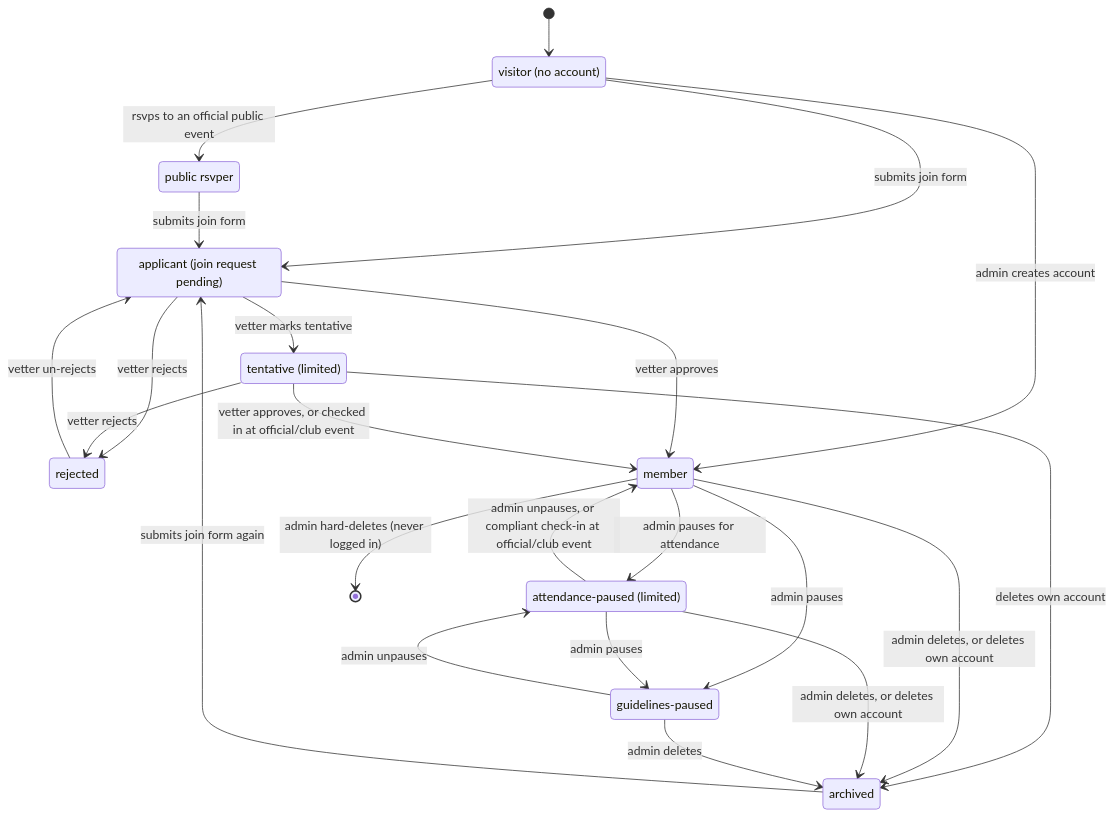
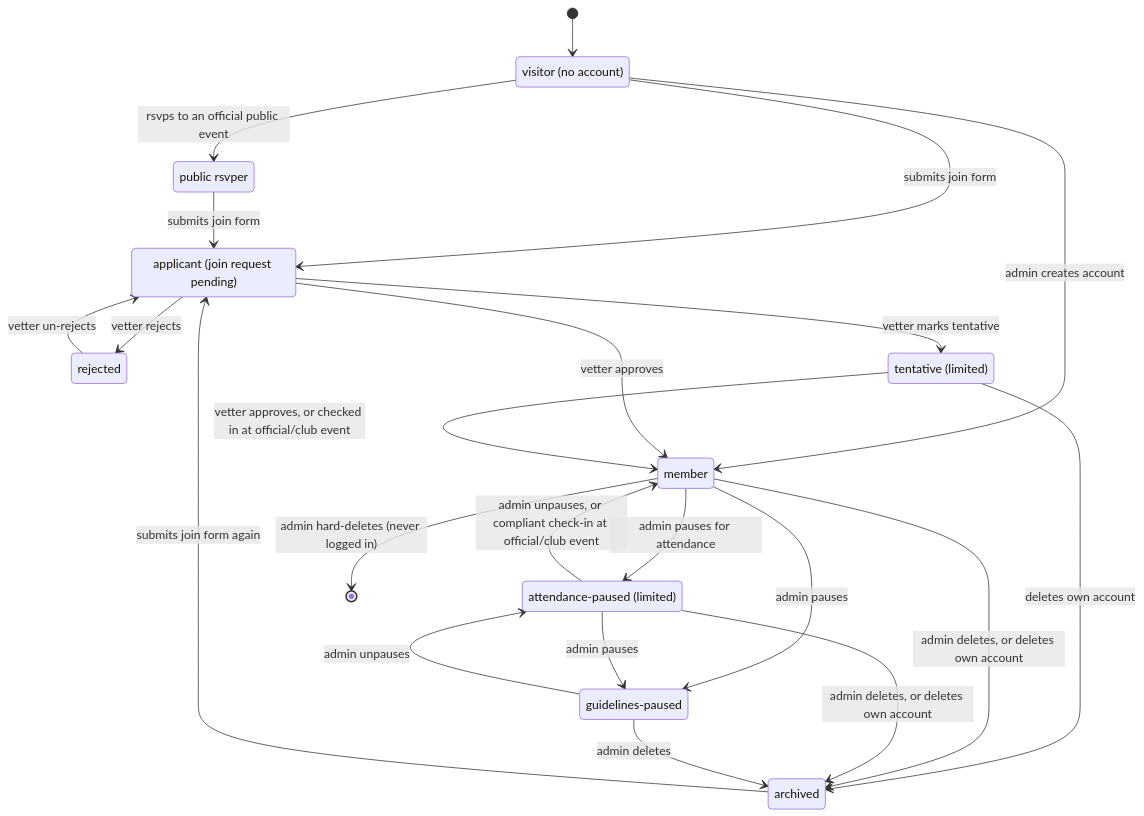
Before and after one commit to ProteinDeficientsAnonymous/pda: the first of 2 diagrams in .claude/docs/user-states.md, drawn with Mermaid. The commit also changed other lines of this file and 10 other files, not shown here.

````diff
--- a/.claude/docs/user-states.md
+++ b/.claude/docs/user-states.md
@@ -16,41 +16,40 @@
 ```mermaid
 stateDiagram-v2
     state "visitor (no account)" as Visitor
     state "public rsvper" as PublicRsvper
     state "applicant (join request pending)" as Applicant
     state "rejected" as Rejected
     state "tentative (limited)" as Tentative
     state "member" as Member
     state "attendance-paused (limited)" as AttendancePaused
     state "guidelines-paused" as GuidelinesPaused
     state "archived" as Archived
 
     [*] --> Visitor
     Visitor --> PublicRsvper: rsvps to an official public event
     Visitor --> Applicant: submits join form
     PublicRsvper --> Applicant: submits join form
     Visitor --> Member: admin creates account
 
     Applicant --> Tentative: vetter marks tentative
     Applicant --> Member: vetter approves
     Applicant --> Rejected: vetter rejects
     Rejected --> Applicant: vetter un-rejects
 
     Tentative --> Member: vetter approves, or checked in at official/club event
-    Tentative --> Rejected: vetter rejects
     Tentative --> Archived: deletes own account
 
     Member --> AttendancePaused: admin pauses for attendance
     AttendancePaused --> Member: admin unpauses, or compliant check-in at official/club event
 
     Member --> GuidelinesPaused: admin pauses
     AttendancePaused --> GuidelinesPaused: admin pauses
     GuidelinesPaused --> AttendancePaused: admin unpauses
 
     Member --> Archived: admin deletes, or deletes own account
     AttendancePaused --> Archived: admin deletes, or deletes own account
     GuidelinesPaused --> Archived: admin deletes
     Archived --> Applicant: submits join form again
 
     Member --> [*]: admin hard-deletes (never logged in)
 ```
````
